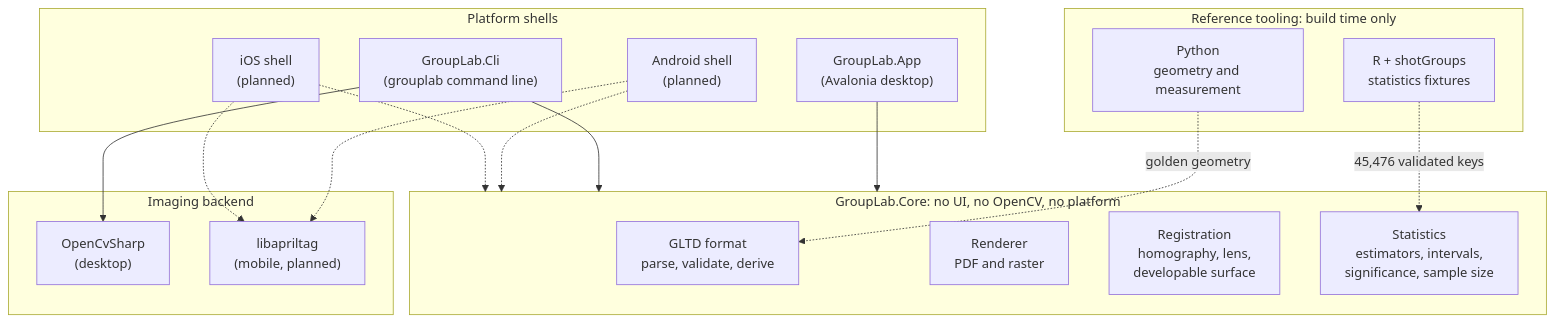
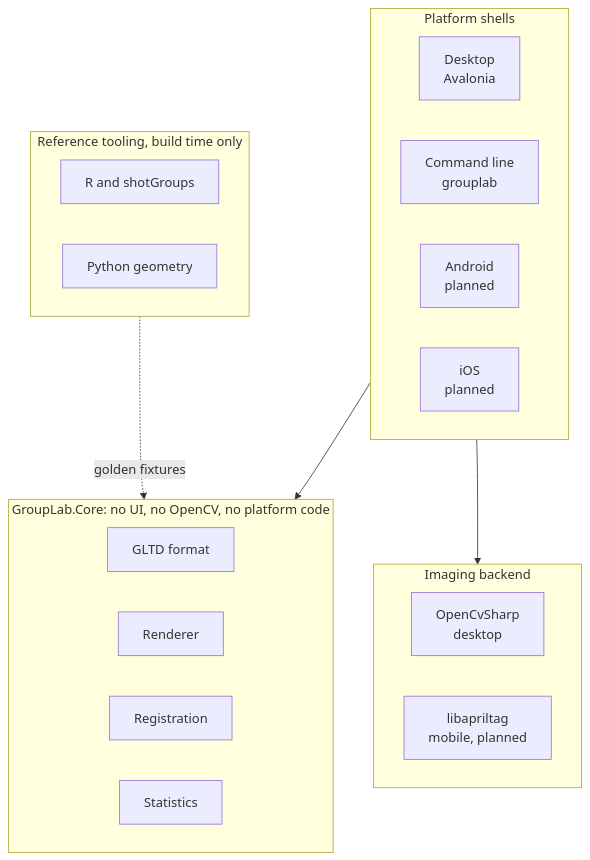
The second of 2 diagrams in README.md (oRAirwolf/grouplab), drawn with Mermaid before and after one commit. The commit also changed other lines of this file, not shown here.

Commit message:
Make both README diagrams legible at normal column width

````diff
--- a/README.md
+++ b/README.md
@@ -74,36 +76,34 @@
 ```mermaid
 flowchart TB
     subgraph shells["Platform shells"]
-        APP["GroupLab.App<br/>(Avalonia desktop)"]
-        CLI["GroupLab.Cli<br/>(grouplab command line)"]
-        AND["Android shell<br/>(planned)"]
-        IOS["iOS shell<br/>(planned)"]
-    end
-
-    subgraph core["GroupLab.Core: no UI, no OpenCV, no platform"]
-        FMT["GLTD format<br/>parse, validate, derive"]
-        REN["Renderer<br/>PDF and raster"]
-        REG["Registration<br/>homography, lens,<br/>developable surface"]
-        STAT["Statistics<br/>estimators, intervals,<br/>significance, sample size"]
+        direction LR
+        APP["Desktop<br/>Avalonia"]
+        CLI["Command line<br/>grouplab"]
+        AND["Android<br/>planned"]
+        IOS["iOS<br/>planned"]
     end
 
     subgraph img["Imaging backend"]
-        CV["OpenCvSharp<br/>(desktop)"]
-        AT["libapriltag<br/>(mobile, planned)"]
+        direction LR
+        CV["OpenCvSharp<br/>desktop"]
+        AT["libapriltag<br/>mobile, planned"]
     end
 
-    subgraph ref["Reference tooling: build time only"]
-        R["R + shotGroups<br/>statistics fixtures"]
-        PY["Python<br/>geometry and measurement"]
+    subgraph core["GroupLab.Core: no UI, no OpenCV, no platform code"]
+        direction LR
+        FMT["GLTD format"]
+        REN["Renderer"]
+        REG["Registration"]
+        STAT["Statistics"]
     end
 
-    APP --> core
-    CLI --> core
-    AND -.-> core
-    IOS -.-> core
-    CLI --> CV
-    AND -.-> AT
-    IOS -.-> AT
-    R -.->|"45,476 validated keys"| STAT
-    PY -.->|"golden geometry"| FMT
+    subgraph ref["Reference tooling, build time only"]
+        direction LR
+        RR["R and shotGroups"]
+        PY["Python geometry"]
+    end
+
+    shells --> core
+    shells --> img
+    ref -.->|"golden fixtures"| core
 ```
````
